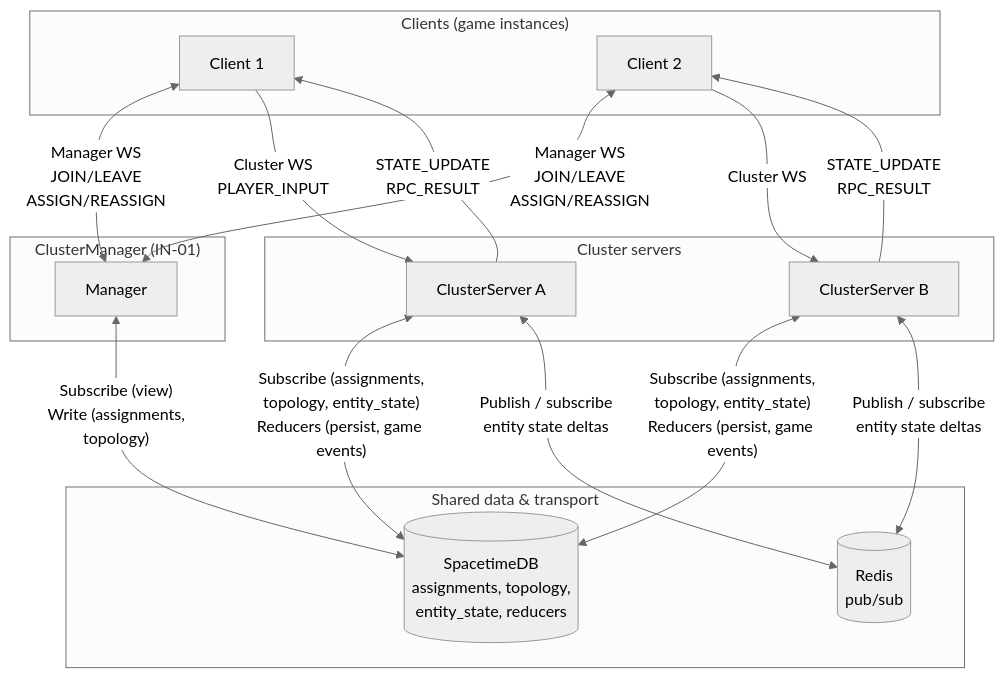
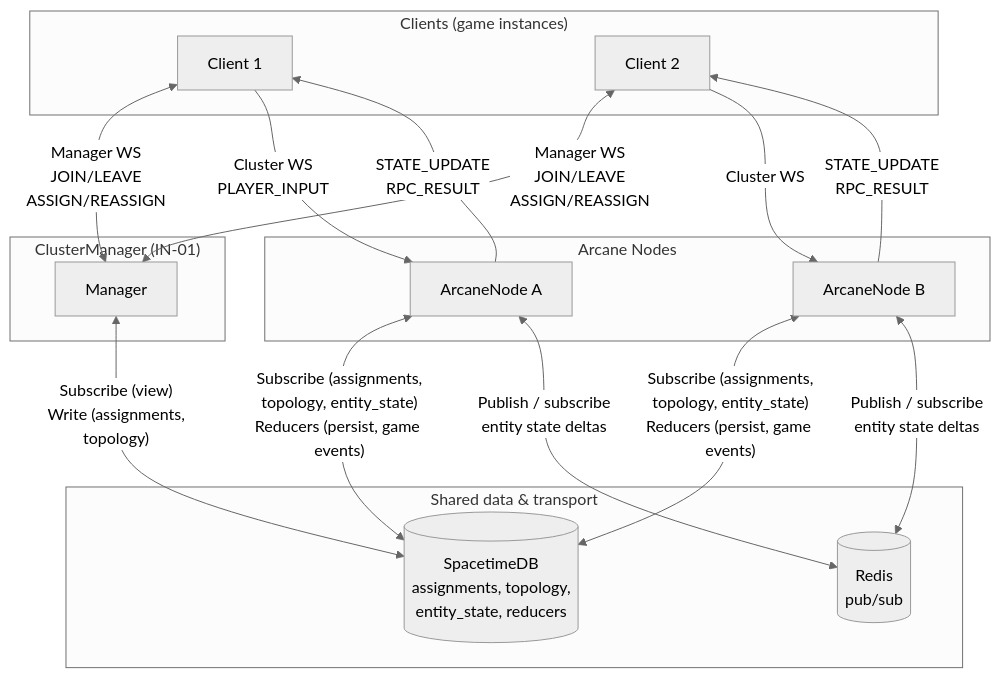
The first of 5 diagrams in docs/SYSTEM_ARCHITECTURE.md (brainy-bots/arcane), drawn with Mermaid (neutral theme) before and after one commit. The commit also changed other lines of this file and 15 other files, not shown here.

First line of the commit message:
docs: rename ClusterServer → ArcaneNode across all architecture docs

````diff
--- a/docs/SYSTEM_ARCHITECTURE.md
+++ b/docs/SYSTEM_ARCHITECTURE.md
@@ -9,34 +9,34 @@
 ```mermaid
 flowchart TB
     subgraph clients["Clients (game instances)"]
         C1[Client 1]
         C2[Client 2]
     end
 
     subgraph manager["ClusterManager (IN-01)"]
         M[Manager]
     end
 
-    subgraph clusters["Cluster servers"]
-        S1[ClusterServer A]
-        S2[ClusterServer B]
+    subgraph clusters["Arcane Nodes"]
+        S1[ArcaneNode A]
+        S2[ArcaneNode B]
     end
 
     subgraph data["Shared data & transport"]
         Redis[(Redis<br/>pub/sub)]
         SpacetimeDB[(SpacetimeDB<br/>assignments, topology,<br/>entity_state, reducers)]
     end
 
     C1 & C2 <-->|"Manager WS<br/>JOIN/LEAVE<br/>ASSIGN/REASSIGN"| M
     C1 -->|"Cluster WS<br/>PLAYER_INPUT"| S1
     S1 -->|"STATE_UPDATE<br/>RPC_RESULT"| C1
     C2 -->|"Cluster WS"| S2
     S2 -->|"STATE_UPDATE<br/>RPC_RESULT"| C2
 
     M <-->|"Subscribe (view)<br/>Write (assignments,<br/>topology)"| SpacetimeDB
 
     S1 & S2 <-->|"Subscribe (assignments,<br/>topology, entity_state)<br/>Reducers (persist, game events)"| SpacetimeDB
 
     S1 <-->|"Publish / subscribe<br/>entity state deltas"| Redis
     S2 <-->|"Publish / subscribe<br/>entity state deltas"| Redis
 ```
````
